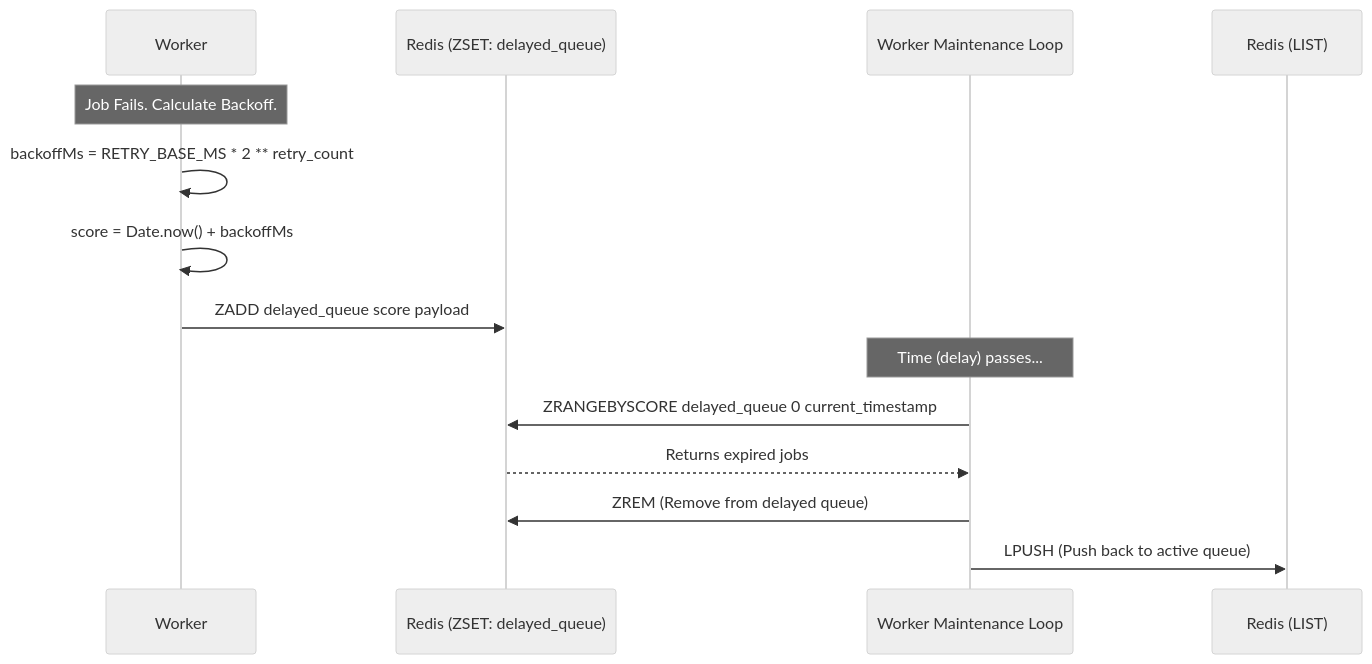
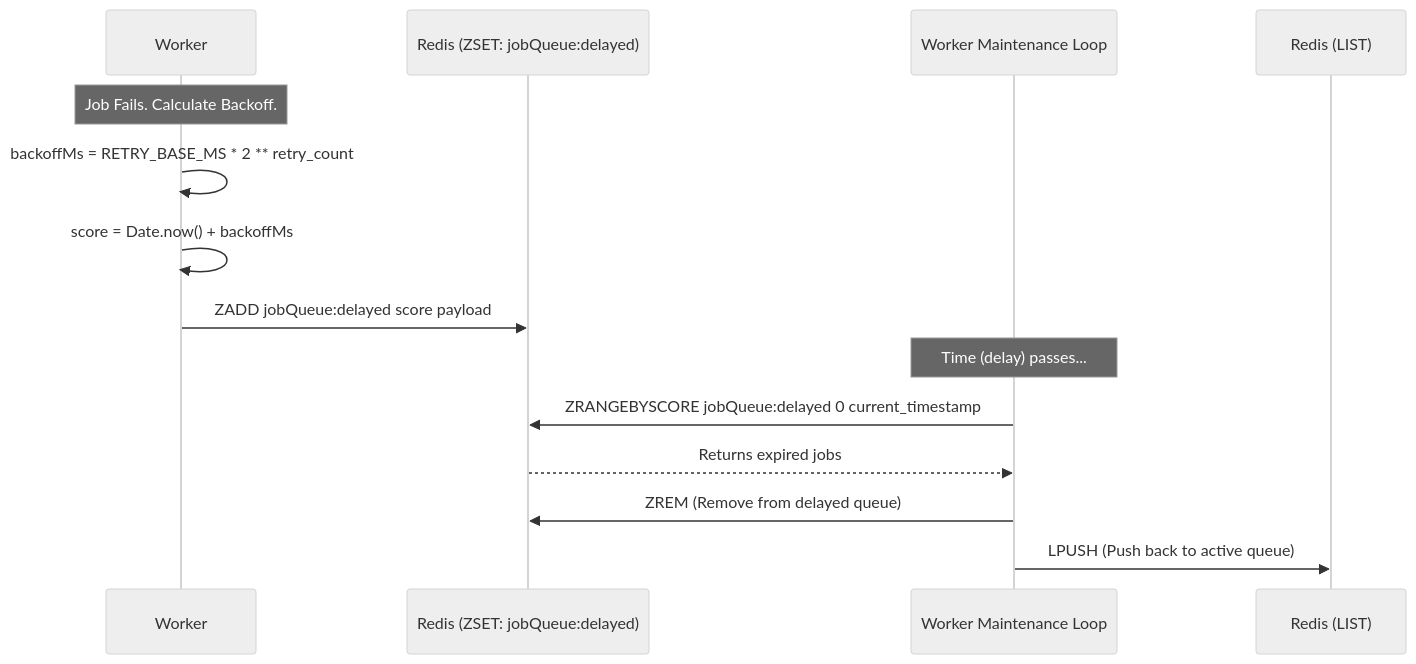
One commit to Aryns293/QueueFlow-prep changed the sixth of 9 diagrams in flow/1. End-To-End-Architecture-Flow.md. Above: the diagram before and after it, drawn with Mermaid (neutral theme). The commit also changed other lines of this file and 7 other files, not shown here.

````diff
--- a/flow/1. End-To-End-Architecture-Flow.md
+++ b/flow/1. End-To-End-Architecture-Flow.md
@@ -258,20 +258,20 @@
 ```mermaid
 sequenceDiagram
     participant Worker as Worker
-    participant ZSET as Redis (ZSET: delayed_queue)
+    participant ZSET as Redis (ZSET: jobQueue:delayed)
     participant Cron as Worker Maintenance Loop
     participant Queue as Redis (LIST)
 
     Note over Worker: Job Fails. Calculate Backoff.
     Worker->>Worker: backoffMs = RETRY_BASE_MS * 2 ** retry_count
     Worker->>Worker: score = Date.now() + backoffMs
-    Worker->>ZSET: ZADD delayed_queue score payload
+    Worker->>ZSET: ZADD jobQueue:delayed score payload
     
     Note over Cron: Time (delay) passes...
     
-    Cron->>ZSET: ZRANGEBYSCORE delayed_queue 0 current_timestamp
+    Cron->>ZSET: ZRANGEBYSCORE jobQueue:delayed 0 current_timestamp
     ZSET-->>Cron: Returns expired jobs
     
     Cron->>ZSET: ZREM (Remove from delayed queue)
     Cron->>Queue: LPUSH (Push back to active queue)
 ```
````
